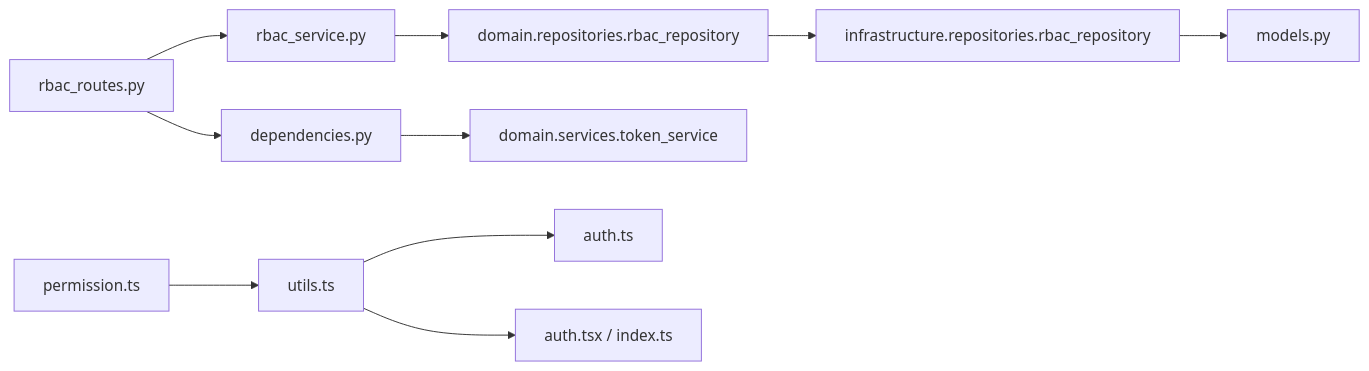
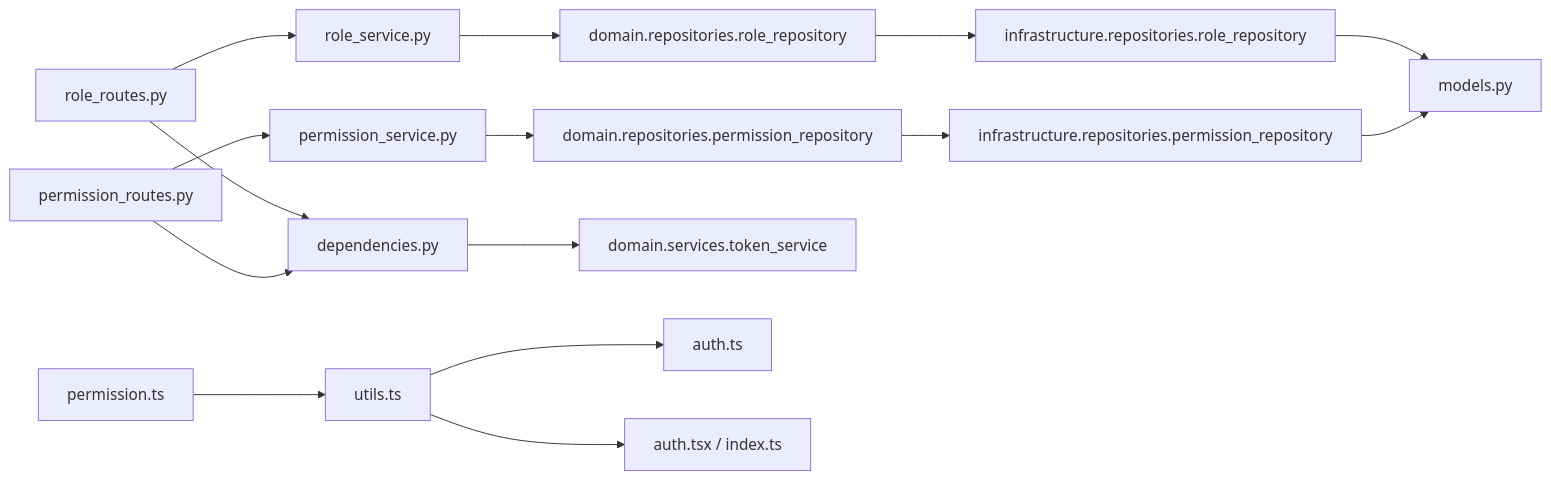
Before and after one commit to taoweidong/Hello-FastApi: the eighth of 8 diagrams in .qoder/repowiki/zh/content/RBAC 权限系统/RBAC 权限系统.md, drawn with Mermaid. The commit also changed other lines of this file and 9 other files, not shown here.

````diff
--- a/.qoder/repowiki/zh/content/RBAC 权限系统/RBAC 权限系统.md
+++ b/.qoder/repowiki/zh/content/RBAC 权限系统/RBAC 权限系统.md
@@ -393,12 +422,17 @@
 ```mermaid
 graph LR
-Routes["rbac_routes.py"] --> Service["rbac_service.py"]
-Service --> DomainRepo["domain.repositories.rbac_repository"]
-DomainRepo --> InfraRepo["infrastructure.repositories.rbac_repository"]
-InfraRepo --> Models["models.py"]
-Routes --> Deps["dependencies.py"]
+RoleRoutes["role_routes.py"] --> RoleService["role_service.py"]
+PermRoutes["permission_routes.py"] --> PermService["permission_service.py"]
+RoleService --> DomainRoleRepo["domain.repositories.role_repository"]
+PermService --> DomainPermRepo["domain.repositories.permission_repository"]
+DomainRoleRepo --> InfraRoleRepo["infrastructure.repositories.role_repository"]
+DomainPermRepo --> InfraPermRepo["infrastructure.repositories.permission_repository"]
+InfraRoleRepo --> Models["models.py"]
+InfraPermRepo --> Models
+RoleRoutes --> Deps["dependencies.py"]
+PermRoutes --> Deps
 Deps --> Token["domain.services.token_service"]
 FrontUtils["utils.ts"] --> FrontAuth["auth.ts"]
 FrontUtils --> FrontComp["auth.tsx / index.ts"]
 FrontStore["permission.ts"] --> FrontUtils
 ```
````
